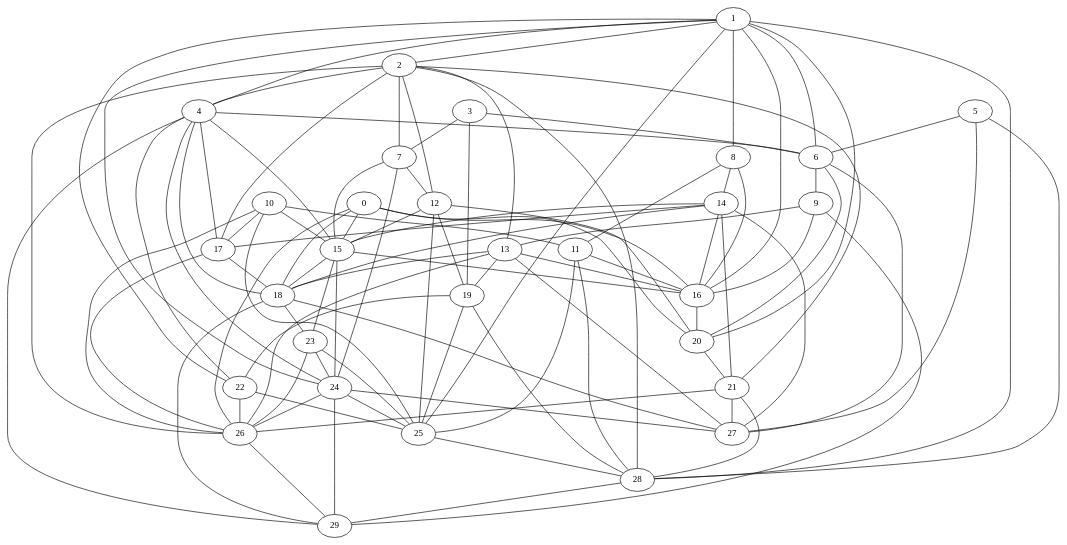
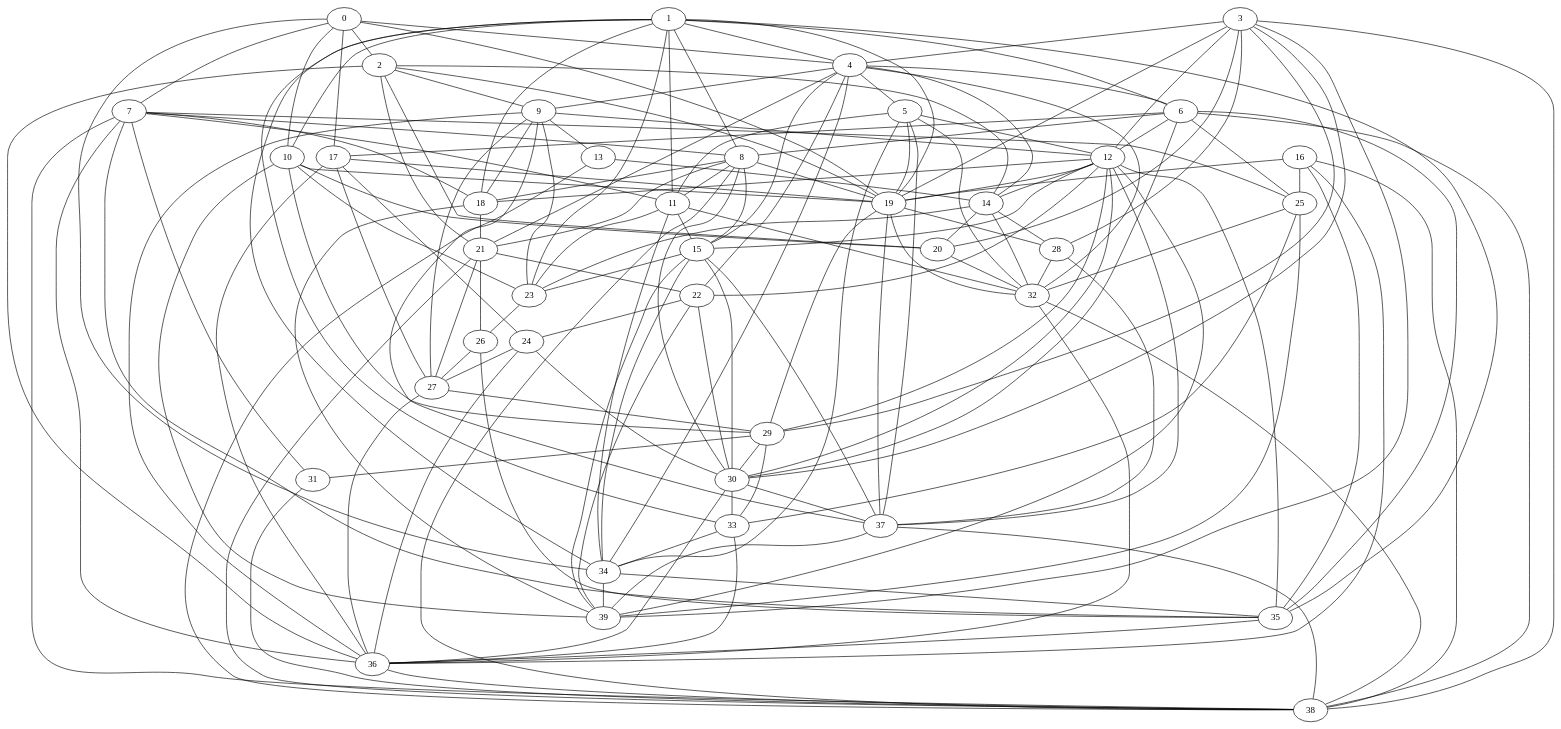
Before and after one commit to lazarow/ASP-via-WMaxSat: the diagram in max-cut-problem/models/wmaxsat/g3.dot, drawn with Graphviz. The commit also changed 24 other files, not shown here.

```diff
--- a/max-cut-problem/models/wmaxsat/g3.dot
+++ b/max-cut-problem/models/wmaxsat/g3.dot
@@ -29,104 +29,174 @@
 27;
 28;
 29;
-0 -- 16  [weight=7000];
-0 -- 15  [weight=5000];
-0 -- 20  [weight=4000];
-0 -- 26  [weight=4000];
-0 -- 18  [weight=4000];
-1 -- 20  [weight=2000];
-1 -- 8  [weight=6000];
-1 -- 4  [weight=5000];
-1 -- 22  [weight=3000];
-1 -- 16  [weight=7000];
-1 -- 2  [weight=1000];
-1 -- 28  [weight=7000];
-1 -- 6  [weight=5000];
-1 -- 24  [weight=5000];
-1 -- 25  [weight=4000];
-2 -- 4  [weight=7000];
-2 -- 7  [weight=6000];
-2 -- 26  [weight=7000];
-2 -- 17  [weight=7000];
-2 -- 28  [weight=4000];
-2 -- 12  [weight=6000];
-2 -- 21  [weight=5000];
-2 -- 13  [weight=6000];
-3 -- 7  [weight=3000];
-3 -- 6  [weight=7000];
-3 -- 19  [weight=2000];
-4 -- 18  [weight=5000];
-4 -- 17  [weight=7000];
-4 -- 22  [weight=2000];
+30;
+31;
+32;
+33;
+34;
+35;
+36;
+37;
+38;
+39;
+0 -- 17  [weight=4000];
+0 -- 10  [weight=6000];
+0 -- 7  [weight=5000];
+0 -- 4  [weight=4000];
+0 -- 2  [weight=7000];
+0 -- 19  [weight=5000];
+0 -- 34  [weight=2000];
+1 -- 8  [weight=4000];
+1 -- 4  [weight=7000];
+1 -- 10  [weight=5000];
+1 -- 33  [weight=5000];
+1 -- 35  [weight=5000];
+1 -- 19  [weight=6000];
+1 -- 11  [weight=4000];
+1 -- 6  [weight=3000];
+1 -- 23  [weight=2000];
+1 -- 18  [weight=3000];
+1 -- 34  [weight=7000];
+2 -- 14  [weight=3000];
+2 -- 36  [weight=4000];
+2 -- 20  [weight=1000];
+2 -- 9  [weight=1000];
+2 -- 21  [weight=7000];
+2 -- 19  [weight=7000];
+3 -- 12  [weight=7000];
+3 -- 20  [weight=5000];
+3 -- 28  [weight=3000];
+3 -- 38  [weight=7000];
+3 -- 4  [weight=3000];
+3 -- 19  [weight=1000];
+3 -- 29  [weight=2000];
+3 -- 39  [weight=1000];
+3 -- 30  [weight=4000];
+4 -- 32  [weight=7000];
+4 -- 21  [weight=1000];
+4 -- 15  [weight=4000];
+4 -- 14  [weight=6000];
+4 -- 22  [weight=6000];
+4 -- 34  [weight=5000];
+4 -- 5  [weight=6000];
+4 -- 9  [weight=7000];
 4 -- 6  [weight=4000];
-4 -- 29  [weight=3000];
-4 -- 24  [weight=6000];
-4 -- 15  [weight=5000];
-5 -- 27  [weight=7000];
-5 -- 6  [weight=7000];
-5 -- 28  [weight=5000];
-6 -- 9  [weight=5000];
-6 -- 20  [weight=3000];
-6 -- 27  [weight=6000];
-7 -- 24  [weight=1000];
-7 -- 12  [weight=7000];
-7 -- 15  [weight=2000];
-8 -- 14  [weight=5000];
-8 -- 11  [weight=2000];
-8 -- 16  [weight=4000];
-9 -- 16  [weight=2000];
-9 -- 29  [weight=1000];
-9 -- 13  [weight=7000];
-10 -- 15  [weight=7000];
-10 -- 17  [weight=4000];
-10 -- 25  [weight=3000];
-10 -- 26  [weight=2000];
-10 -- 11  [weight=2000];
-11 -- 16  [weight=4000];
-11 -- 28  [weight=6000];
-11 -- 25  [weight=7000];
-12 -- 25  [weight=7000];
-12 -- 19  [weight=6000];
-12 -- 20  [weight=7000];
-12 -- 15  [weight=7000];
-13 -- 27  [weight=4000];
-13 -- 16  [weight=2000];
-13 -- 26  [weight=5000];
-13 -- 18  [weight=1000];
-13 -- 19  [weight=4000];
-14 -- 17  [weight=1000];
-14 -- 27  [weight=7000];
-14 -- 15  [weight=5000];
-14 -- 21  [weight=7000];
-14 -- 18  [weight=6000];
-14 -- 16  [weight=5000];
-15 -- 18  [weight=5000];
-15 -- 24  [weight=4000];
-15 -- 23  [weight=6000];
-15 -- 16  [weight=5000];
-16 -- 20  [weight=2000];
-17 -- 26  [weight=3000];
-17 -- 18  [weight=1000];
-18 -- 27  [weight=4000];
-18 -- 29  [weight=3000];
-18 -- 23  [weight=5000];
-19 -- 22  [weight=3000];
-19 -- 28  [weight=1000];
-19 -- 25  [weight=7000];
-20 -- 21  [weight=7000];
-21 -- 26  [weight=2000];
-21 -- 28  [weight=2000];
-21 -- 27  [weight=6000];
-22 -- 25  [weight=7000];
-22 -- 26  [weight=4000];
-23 -- 24  [weight=2000];
-23 -- 25  [weight=4000];
+5 -- 34  [weight=1000];
+5 -- 19  [weight=1000];
+5 -- 12  [weight=7000];
+5 -- 11  [weight=4000];
+5 -- 37  [weight=2000];
+5 -- 32  [weight=4000];
+6 -- 35  [weight=7000];
+6 -- 17  [weight=4000];
+6 -- 8  [weight=5000];
+6 -- 38  [weight=3000];
+6 -- 12  [weight=6000];
+6 -- 25  [weight=5000];
+6 -- 30  [weight=4000];
+7 -- 38  [weight=7000];
+7 -- 36  [weight=5000];
+7 -- 25  [weight=7000];
+7 -- 31  [weight=3000];
+7 -- 8  [weight=4000];
+7 -- 35  [weight=7000];
+7 -- 11  [weight=3000];
+7 -- 18  [weight=1000];
+8 -- 30  [weight=6000];
+8 -- 18  [weight=4000];
+8 -- 21  [weight=4000];
+8 -- 19  [weight=4000];
+8 -- 38  [weight=4000];
+8 -- 15  [weight=5000];
+8 -- 11  [weight=3000];
+9 -- 12  [weight=3000];
+9 -- 18  [weight=5000];
+9 -- 37  [weight=6000];
+9 -- 27  [weight=6000];
+9 -- 36  [weight=4000];
+9 -- 13  [weight=5000];
+9 -- 23  [weight=1000];
+10 -- 19  [weight=1000];
+10 -- 23  [weight=5000];
+10 -- 39  [weight=3000];
+10 -- 29  [weight=1000];
+10 -- 20  [weight=6000];
+11 -- 15  [weight=4000];
+11 -- 32  [weight=7000];
+11 -- 34  [weight=1000];
+11 -- 23  [weight=4000];
+12 -- 35  [weight=7000];
+12 -- 14  [weight=3000];
+12 -- 37  [weight=7000];
+12 -- 22  [weight=4000];
+12 -- 19  [weight=1000];
+12 -- 15  [weight=2000];
+12 -- 18  [weight=2000];
+12 -- 30  [weight=3000];
+12 -- 39  [weight=2000];
+12 -- 29  [weight=3000];
+13 -- 38  [weight=2000];
+13 -- 14  [weight=3000];
+14 -- 20  [weight=5000];
+14 -- 28  [weight=5000];
+14 -- 32  [weight=7000];
+14 -- 23  [weight=2000];
+15 -- 23  [weight=3000];
+15 -- 37  [weight=5000];
+15 -- 34  [weight=1000];
+15 -- 39  [weight=1000];
+15 -- 30  [weight=1000];
+16 -- 19  [weight=5000];
+16 -- 38  [weight=4000];
+16 -- 35  [weight=2000];
+16 -- 36  [weight=4000];
+16 -- 25  [weight=6000];
+17 -- 36  [weight=2000];
+17 -- 24  [weight=1000];
+17 -- 27  [weight=4000];
+17 -- 19  [weight=4000];
+18 -- 21  [weight=5000];
+18 -- 39  [weight=6000];
+19 -- 28  [weight=3000];
+19 -- 32  [weight=2000];
+19 -- 37  [weight=4000];
+19 -- 29  [weight=7000];
+20 -- 32  [weight=4000];
+21 -- 27  [weight=4000];
+21 -- 22  [weight=5000];
+21 -- 26  [weight=6000];
+21 -- 38  [weight=7000];
+22 -- 24  [weight=1000];
+22 -- 39  [weight=4000];
+22 -- 30  [weight=1000];
 23 -- 26  [weight=5000];
-24 -- 25  [weight=7000];
-24 -- 27  [weight=3000];
-24 -- 29  [weight=4000];
-24 -- 26  [weight=5000];
-25 -- 28  [weight=3000];
-26 -- 29  [weight=1000];
-28 -- 29  [weight=6000];
+24 -- 27  [weight=5000];
+24 -- 30  [weight=6000];
+24 -- 36  [weight=3000];
+25 -- 32  [weight=5000];
+25 -- 39  [weight=4000];
+25 -- 33  [weight=7000];
+26 -- 35  [weight=3000];
+26 -- 27  [weight=7000];
+27 -- 29  [weight=7000];
+27 -- 36  [weight=3000];
+28 -- 32  [weight=5000];
+28 -- 37  [weight=6000];
+29 -- 31  [weight=5000];
+29 -- 33  [weight=7000];
+29 -- 30  [weight=3000];
+30 -- 36  [weight=1000];
+30 -- 33  [weight=6000];
+30 -- 37  [weight=6000];
+31 -- 38  [weight=2000];
+32 -- 38  [weight=7000];
+32 -- 36  [weight=4000];
+33 -- 36  [weight=3000];
+33 -- 34  [weight=7000];
+34 -- 35  [weight=3000];
+34 -- 39  [weight=7000];
+35 -- 36  [weight=3000];
+36 -- 38  [weight=2000];
+37 -- 39  [weight=2000];
+37 -- 38  [weight=5000];
 }
```
